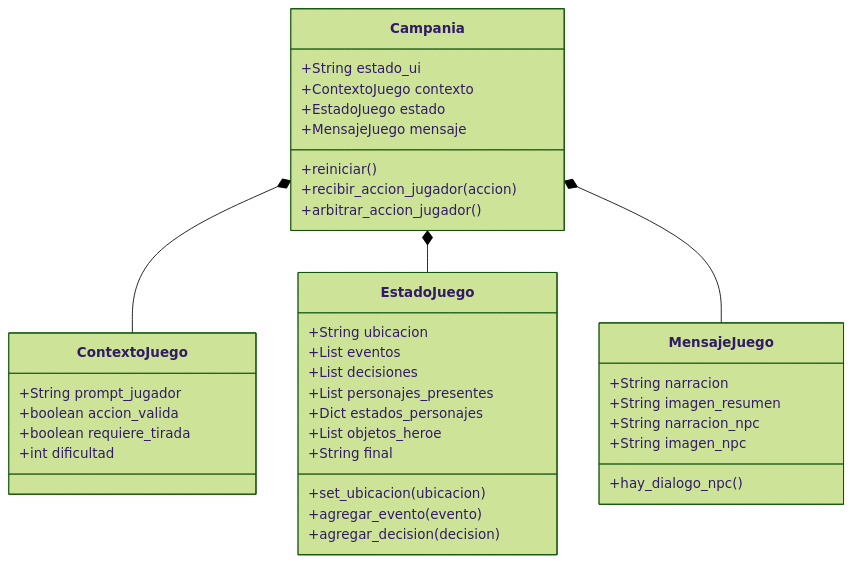
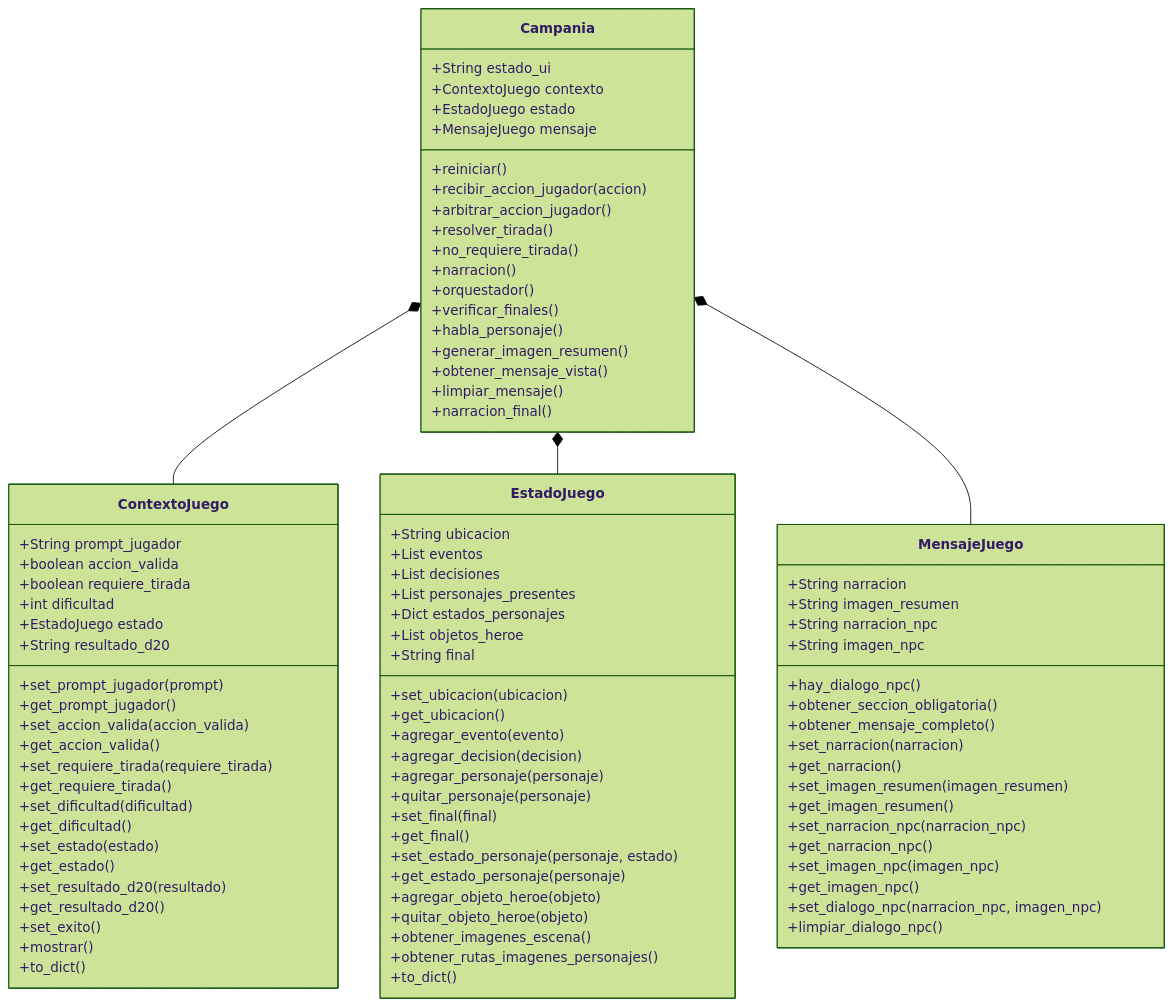
One commit to Baisa54/DM_ai changed the first of 2 diagrams in README.md. Above: the diagram before and after it, drawn with Mermaid (forest theme). The commit also changed other lines of this file, not shown here.

```diff
--- a/README.md
+++ b/README.md
@@ -52,6 +53,16 @@
         +reiniciar()
         +recibir_accion_jugador(accion)
         +arbitrar_accion_jugador()
+        +resolver_tirada()
+        +no_requiere_tirada()
+        +narracion()
+        +orquestador()
+        +verificar_finales()
+        +habla_personaje()
+        +generar_imagen_resumen()
+        +obtener_mensaje_vista()
+        +limpiar_mensaje()
+        +narracion_final()
     }
 
     class EstadoJuego {
@@ -63,8 +74,20 @@
         +List objetos_heroe
         +String final
         +set_ubicacion(ubicacion)
+        +get_ubicacion()
         +agregar_evento(evento)
         +agregar_decision(decision)
+        +agregar_personaje(personaje)
+        +quitar_personaje(personaje)
+        +set_final(final)
+        +get_final()
+        +set_estado_personaje(personaje, estado)
+        +get_estado_personaje(personaje)
+        +agregar_objeto_heroe(objeto)
+        +quitar_objeto_heroe(objeto)
+        +obtener_imagenes_escena()
+        +obtener_rutas_imagenes_personajes()
+        +to_dict()
     }
 
     class ContextoJuego {
@@ -72,6 +95,23 @@
         +boolean accion_valida
         +boolean requiere_tirada
         +int dificultad
+        +EstadoJuego estado
+        +String resultado_d20
+        +set_prompt_jugador(prompt)
+        +get_prompt_jugador()
+        +set_accion_valida(accion_valida)
+        +get_accion_valida()
+        +set_requiere_tirada(requiere_tirada)
+        +get_requiere_tirada()
+        +set_dificultad(dificultad)
+        +get_dificultad()
+        +set_estado(estado)
+        +get_estado()
+        +set_resultado_d20(resultado)
+        +get_resultado_d20()
+        +set_exito()
+        +mostrar()
+        +to_dict()
     }
 
     class MensajeJuego {
@@ -80,6 +120,18 @@
         +String narracion_npc
         +String imagen_npc
         +hay_dialogo_npc()
+        +obtener_seccion_obligatoria()
+        +obtener_mensaje_completo()
+        +set_narracion(narracion)
+        +get_narracion()
+        +set_imagen_resumen(imagen_resumen)
+        +get_imagen_resumen()
+        +set_narracion_npc(narracion_npc)
+        +get_narracion_npc()
+        +set_imagen_npc(imagen_npc)
+        +get_imagen_npc()
+        +set_dialogo_npc(narracion_npc, imagen_npc)
+        +limpiar_dialogo_npc()
     }
 
     Campania *-- ContextoJuego
```
